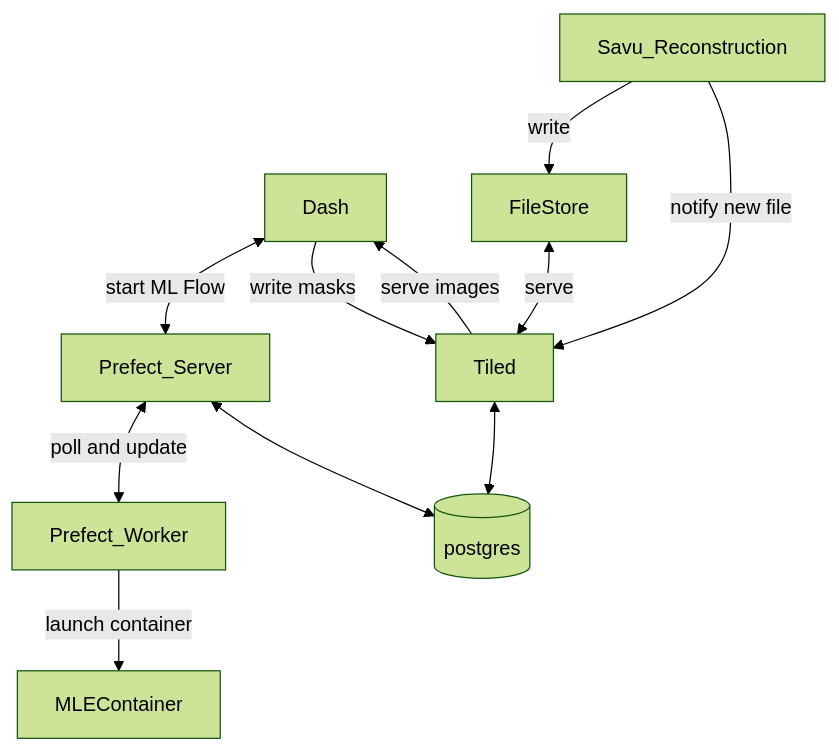
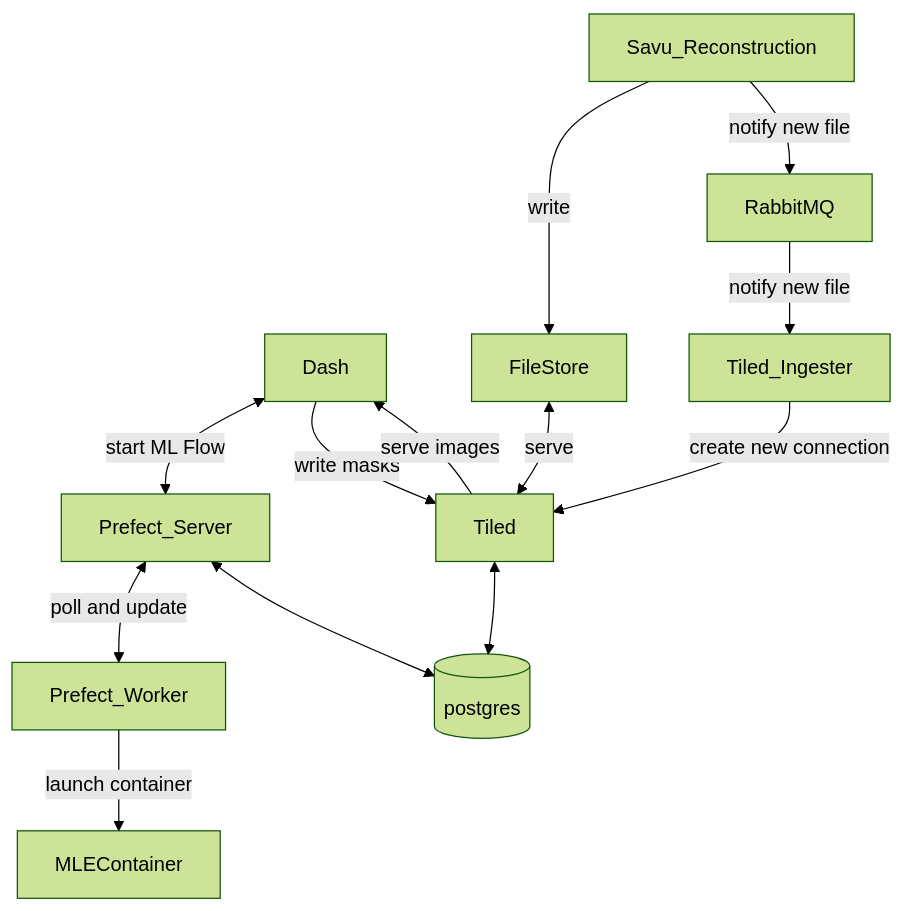
The diagram in README.md (mlexchange/mlex_tomo_framework), drawn with Mermaid (forest theme) before and after one commit.

Commit message:
update readme diagram for rabbitmq

````diff
--- a/README.md
+++ b/README.md
@@ -10,13 +10,15 @@
 ```mermaid
 graph TD;
     Dash<-- start ML Flow -->Prefect_Server;
     Dash-- write masks -->Tiled;
     Tiled-- serve images -->Dash;
     Prefect_Server<-- poll and update -->Prefect_Worker;
     Prefect_Server<-->postgres[(postgres)];
     Prefect_Worker-- launch container -->MLEContainer;
     Tiled<-->postgres;
     FileStore<-- serve -->Tiled;
     Savu_Reconstruction-- write-->FileStore;
-    Savu_Reconstruction-- notify new file-->Tiled;
+    Savu_Reconstruction-- notify new file-->RabbitMQ;
+    RabbitMQ-- notify new file-->Tiled_Ingester;
+    Tiled_Ingester-- create new connection-->Tiled;
 ```
````
